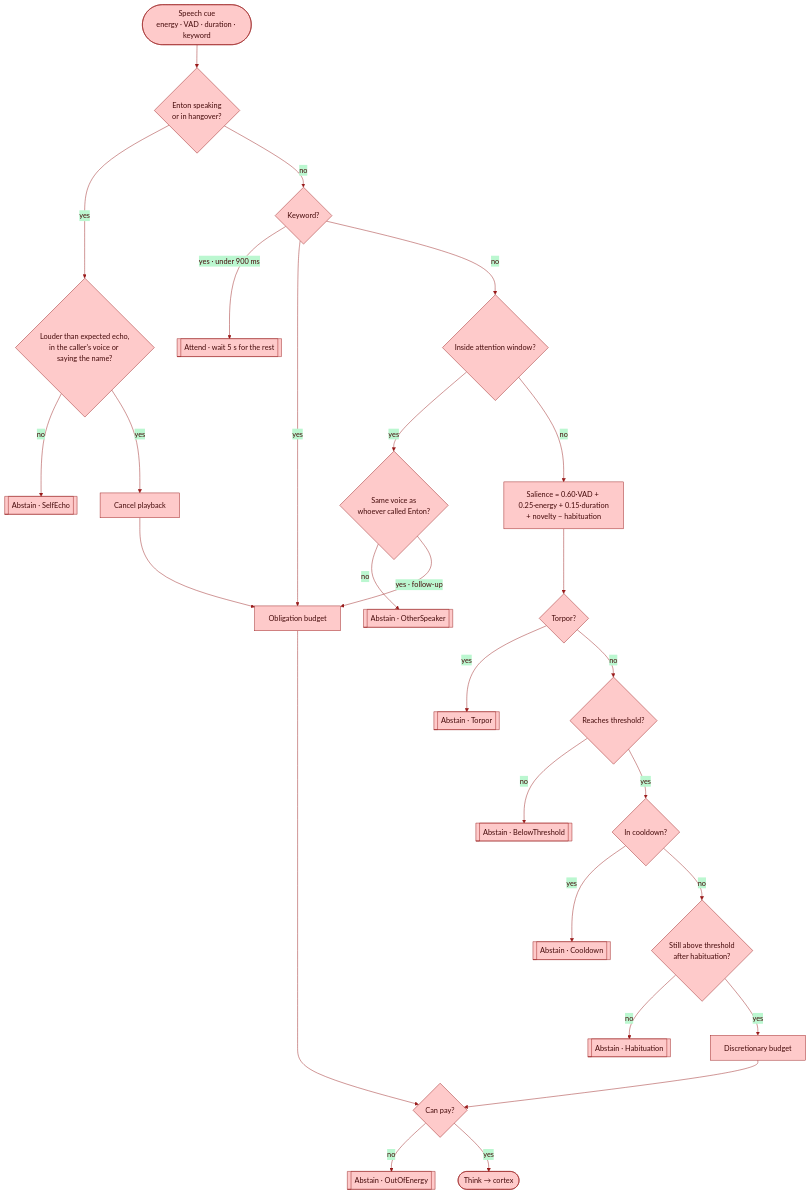
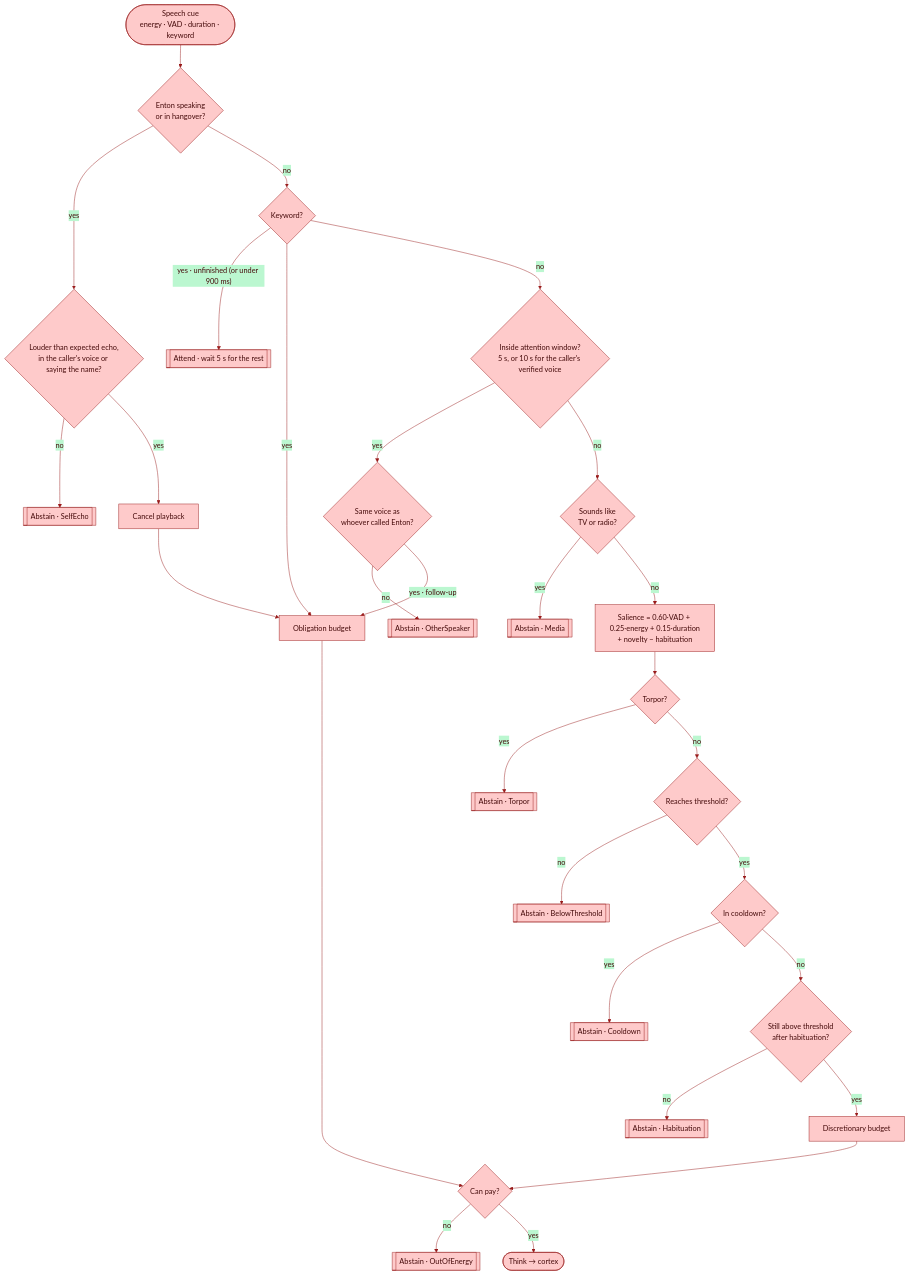
One commit to gabrielmaialva33/enton changed the second of 3 diagrams in README.md. Above: the diagram before and after it, drawn with Mermaid. The commit also changed other lines of this file, not shown here.

Commit message:
docs: document media, end-of-turn and continuation rules with E1 results

````diff
--- a/README.md
+++ b/README.md
@@ -205,29 +205,31 @@
 ```mermaid
 %%{init: {'theme': 'base', 'themeVariables': {'primaryColor': '#fecaca', 'primaryTextColor': '#450a0a', 'primaryBorderColor': '#991b1b', 'secondaryColor': '#bbf7d0', 'secondaryTextColor': '#052e16', 'secondaryBorderColor': '#166534', 'tertiaryColor': '#fee2e2', 'tertiaryTextColor': '#450a0a', 'lineColor': '#991b1b', 'textColor': '#1c1917'}}}%%
 flowchart TD
     CUE(["Speech cue<br/>energy · VAD · duration · keyword"]) --> ECHO{"Enton speaking<br/>or in hangover?"}
     ECHO -- yes --> BARGE{"Louder than expected echo,<br/>in the caller's voice or saying the name?"}
     BARGE -- no --> A_ECHO[["Abstain · SelfEcho"]]
     BARGE -- yes --> CANCEL["Cancel playback"] --> OBL
     ECHO -- no --> KW{"Keyword?"}
-    KW -- "yes · under 900 ms" --> ATTEND[["Attend · wait 5 s for the rest"]]
+    KW -- "yes · unfinished (or under 900 ms)" --> ATTEND[["Attend · wait 5 s for the rest"]]
     KW -- yes --> OBL["Obligation budget"]
-    KW -- no --> WIN{"Inside attention window?"}
+    KW -- no --> WIN{"Inside attention window?<br/>5 s, or 10 s for the caller's verified voice"}
     WIN -- yes --> SPK{"Same voice as<br/>whoever called Enton?"}
     SPK -- no --> A_O[["Abstain · OtherSpeaker"]]
     SPK -- "yes · follow-up" --> OBL
-    WIN -- no --> SAL["Salience = 0.60·VAD + 0.25·energy + 0.15·duration<br/>+ novelty − habituation"]
+    WIN -- no --> MED{"Sounds like<br/>TV or radio?"}
+    MED -- yes --> A_M[["Abstain · Media"]]
+    MED -- no --> SAL["Salience = 0.60·VAD + 0.25·energy + 0.15·duration<br/>+ novelty − habituation"]
     SAL --> TORPOR{"Torpor?"}
     TORPOR -- yes --> A_T[["Abstain · Torpor"]]
     TORPOR -- no --> TH{"Reaches threshold?"}
     TH -- no --> A_B[["Abstain · BelowThreshold"]]
     TH -- yes --> CD{"In cooldown?"}
     CD -- yes --> A_C[["Abstain · Cooldown"]]
     CD -- no --> HAB{"Still above threshold<br/>after habituation?"}
     HAB -- no --> A_H[["Abstain · Habituation"]]
     HAB -- yes --> DIS["Discretionary budget"]
     OBL --> PAY{"Can pay?"}
     DIS --> PAY
     PAY -- no --> A_E[["Abstain · OutOfEnergy"]]
     PAY -- yes --> THINK(["Think → cortex"])
 ```
````
